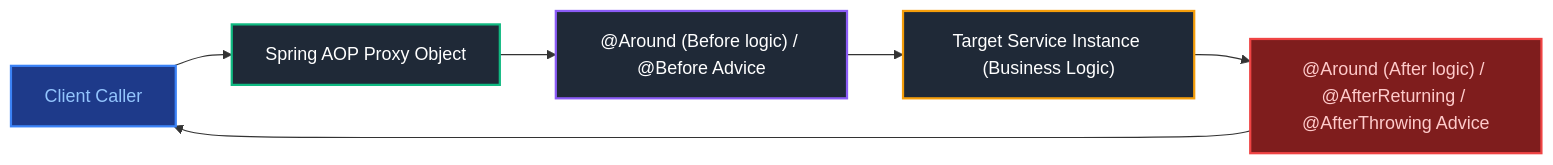
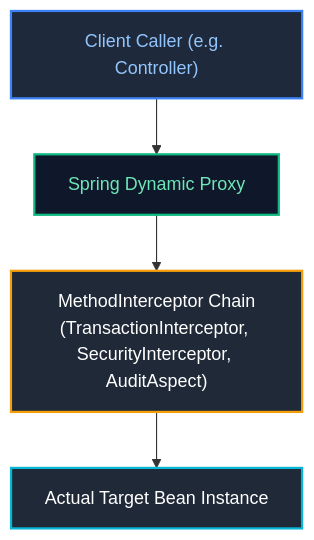
One commit to joydeep-biswas/Interview-Preparation changed diagram 13 of 19 in Java Backend Engineering/07_spring_framework_spring_boot.md. Above: the diagram before and after it, drawn with Mermaid. The commit also changed other lines of this file and 143 other files, not shown here.

````diff
--- a/Java Backend Engineering/07_spring_framework_spring_boot.md
+++ b/Java Backend Engineering/07_spring_framework_spring_boot.md
@@ -533,14 +1095,12 @@
 ```mermaid
-flowchart LR
-    Client["Client Caller"] --> Proxy["Spring AOP Proxy Object"]
-    Proxy --> AroundBefore["@Around (Before logic) / @Before Advice"]
-    AroundBefore --> Target["Target Service Instance (Business Logic)"]
-    Target --> AroundAfter["@Around (After logic) / @AfterReturning / @AfterThrowing Advice"]
-    AroundAfter --> Client
+flowchart TD
+    ClientCaller["Client Caller (e.g. Controller)"]
+    --> Proxy["Spring Dynamic Proxy"]
+    Proxy --> InterceptorChain["MethodInterceptor Chain<br/>(TransactionInterceptor, SecurityInterceptor, AuditAspect)"]
+    InterceptorChain --> TargetBean["Actual Target Bean Instance"]
 
-    style Client fill:#1e3a8a,stroke:#3b82f6,stroke-width:2px,color:#93c5fd
-    style Proxy fill:#1f2937,stroke:#10b981,stroke-width:2px,color:#fff
-    style AroundBefore fill:#1f2937,stroke:#8b5cf6,stroke-width:2px,color:#fff
-    style Target fill:#1f2937,stroke:#f59e0b,stroke-width:2px,color:#fff
-    style AroundAfter fill:#7f1d1d,stroke:#ef4444,stroke-width:2px,color:#fecaca
+    style ClientCaller fill:#1e293b,stroke:#3b82f6,stroke-width:2px,color:#93c5fd
+    style Proxy fill:#0f172a,stroke:#10b981,stroke-width:2px,color:#6ee7b7
+    style InterceptorChain fill:#1f2937,stroke:#f59e0b,stroke-width:2px,color:#fff
+    style TargetBean fill:#1f2937,stroke:#06b6d4,stroke-width:2px,color:#fff
 ```
````
